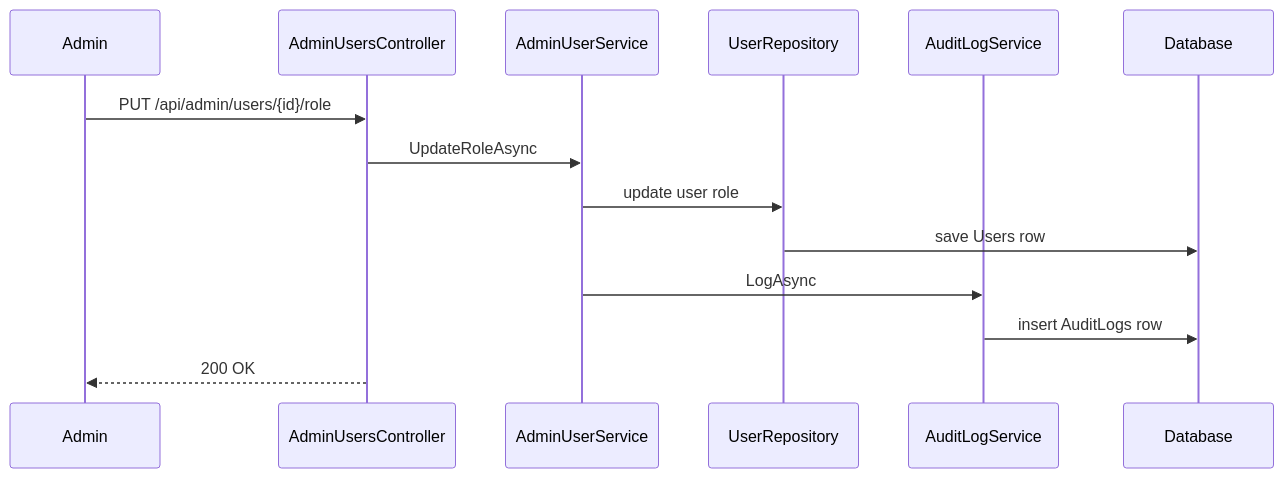
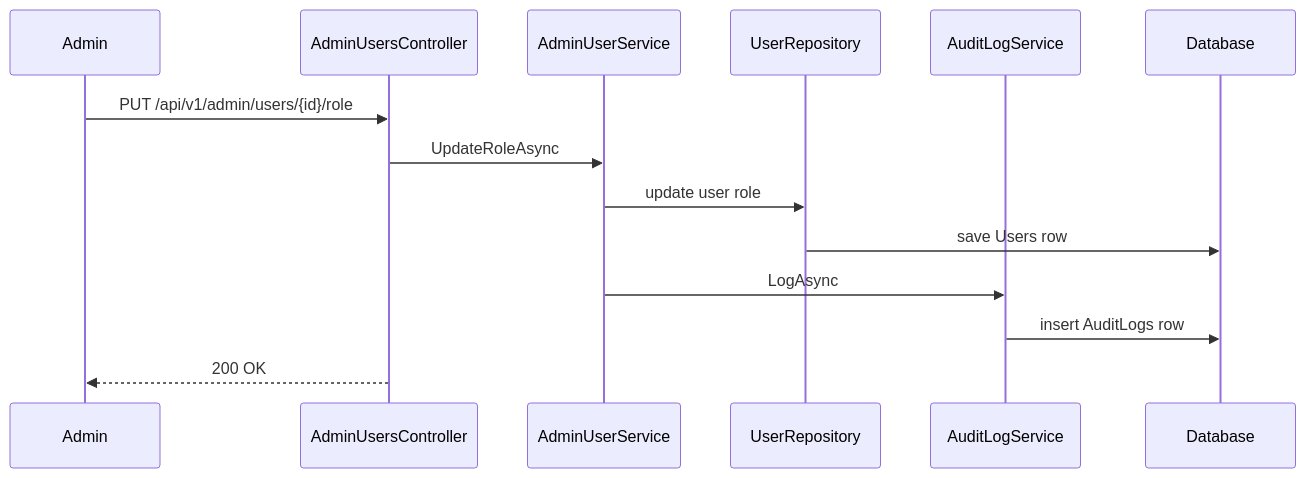
Before and after one commit to premix-labs/aspnet-core-web-api-tutorial-book: the diagram in src/content/docs/part-7-admin/39-audit-log.md, drawn with Mermaid. The commit also changed 89 other files, not shown here.

````diff
--- a/src/content/docs/part-7-admin/39-audit-log.md
+++ b/src/content/docs/part-7-admin/39-audit-log.md
@@ -12,17 +12,17 @@
 ```mermaid
 sequenceDiagram
     participant Admin
     participant AdminUsersController
     participant AdminUserService
     participant UserRepository
     participant AuditLogService
     participant Database
 
-    Admin->>AdminUsersController: PUT /api/admin/users/{id}/role
+    Admin->>AdminUsersController: PUT /api/v1/admin/users/{id}/role
     AdminUsersController->>AdminUserService: UpdateRoleAsync
     AdminUserService->>UserRepository: update user role
     UserRepository->>Database: save Users row
     AdminUserService->>AuditLogService: LogAsync
     AuditLogService->>Database: insert AuditLogs row
     AdminUsersController-->>Admin: 200 OK
 ```
````
